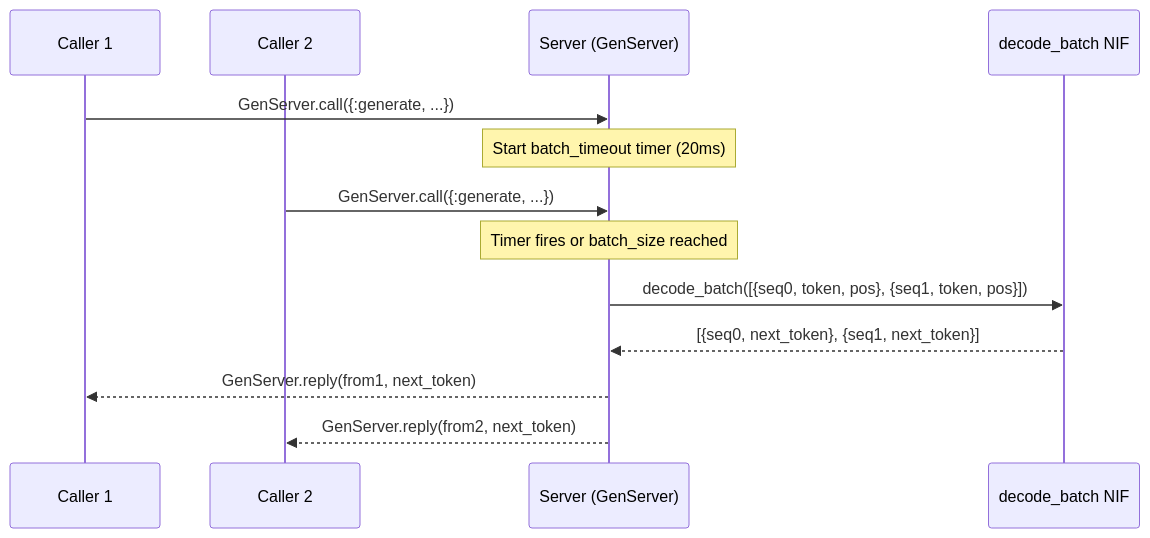
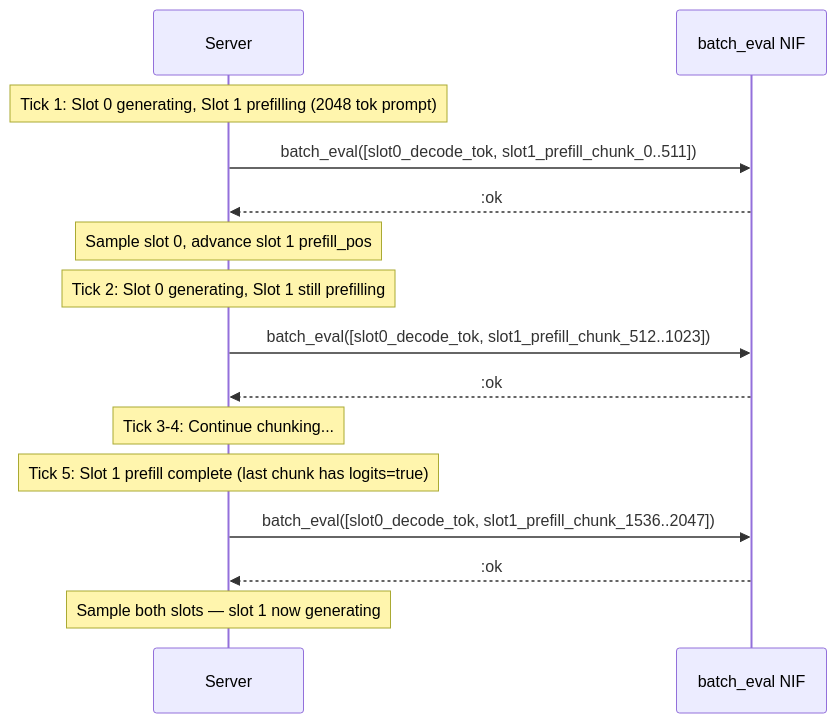
One commit to nyo16/llama_cpp_ex changed the eighth of 8 diagrams in docs/architecture.md. Above: the diagram before and after it, drawn with Mermaid. The commit also changed other lines of this file and 8 other files, not shown here.

First line of the commit message:
Implement continuous batching for Server with single forward pass per tick

````diff
--- a/docs/architecture.md
+++ b/docs/architecture.md
@@ -281,17 +274,21 @@
 ```mermaid
 sequenceDiagram
-    participant C1 as Caller 1
-    participant C2 as Caller 2
-    participant S as Server (GenServer)
-    participant NIF as decode_batch NIF
+    participant S as Server
+    participant NIF as batch_eval NIF
 
-    C1->>S: GenServer.call({:generate, ...})
-    Note over S: Start batch_timeout timer (20ms)
-    C2->>S: GenServer.call({:generate, ...})
+    Note over S: Tick 1: Slot 0 generating, Slot 1 prefilling (2048 tok prompt)
+    S->>NIF: batch_eval([slot0_decode_tok, slot1_prefill_chunk_0..511])
+    NIF-->>S: :ok
+    Note over S: Sample slot 0, advance slot 1 prefill_pos
 
-    Note over S: Timer fires or batch_size reached
-    S->>NIF: decode_batch([{seq0, token, pos}, {seq1, token, pos}])
-    NIF-->>S: [{seq0, next_token}, {seq1, next_token}]
-    S-->>C1: GenServer.reply(from1, next_token)
-    S-->>C2: GenServer.reply(from2, next_token)
+    Note over S: Tick 2: Slot 0 generating, Slot 1 still prefilling
+    S->>NIF: batch_eval([slot0_decode_tok, slot1_prefill_chunk_512..1023])
+    NIF-->>S: :ok
+
+    Note over S: Tick 3-4: Continue chunking...
+
+    Note over S: Tick 5: Slot 1 prefill complete (last chunk has logits=true)
+    S->>NIF: batch_eval([slot0_decode_tok, slot1_prefill_chunk_1536..2047])
+    NIF-->>S: :ok
+    Note over S: Sample both slots — slot 1 now generating
 ```
````
